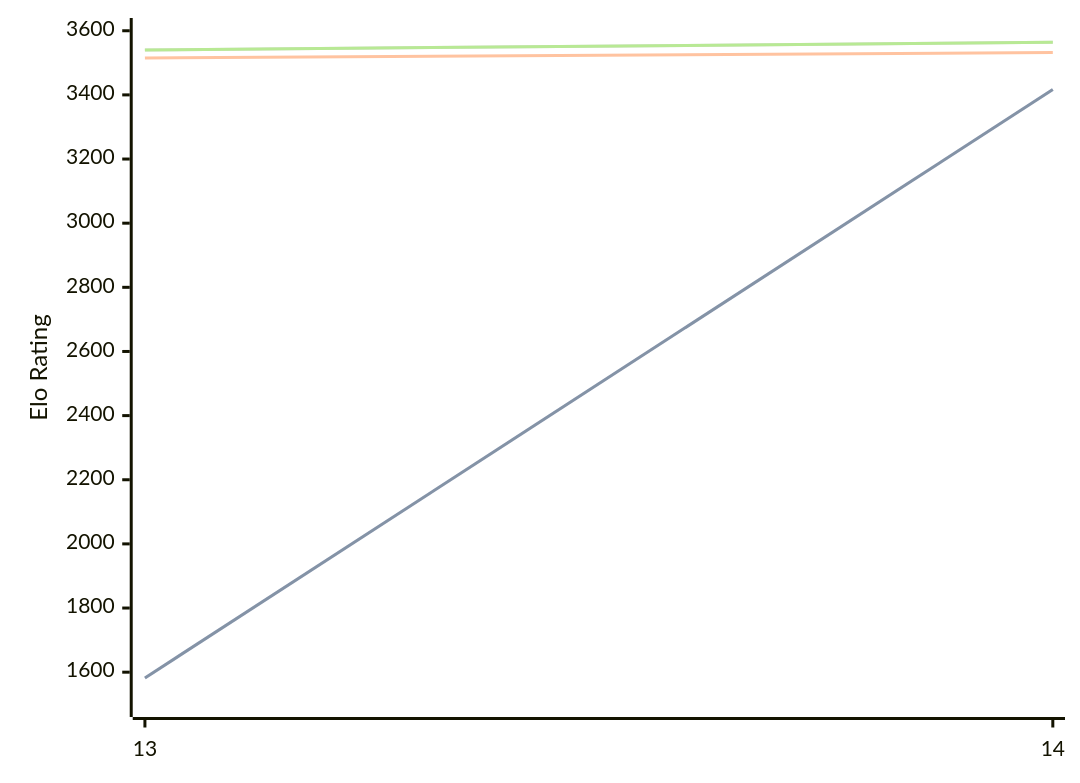
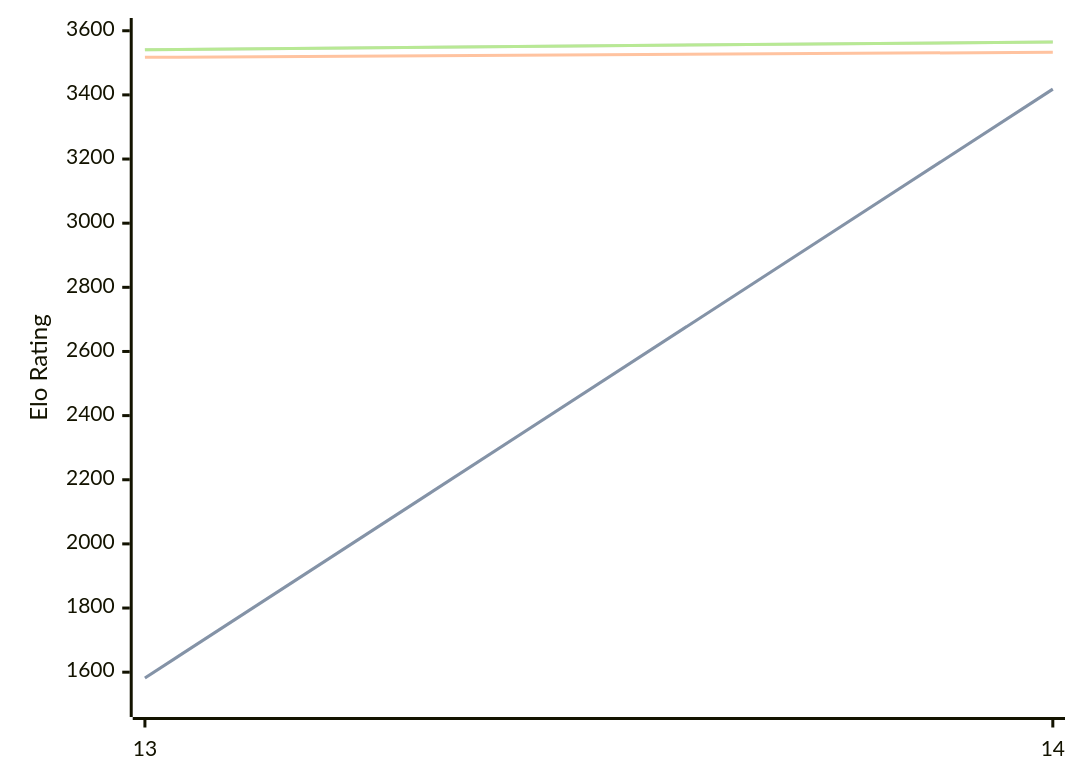
The diagram in engines/Berserk.md (computer-chess-index/cci), drawn with Mermaid before and after one commit. The commit also changed other lines of this file, not shown here.

Commit message:
Update CCI Ratings (ELO VLTC) - 2026-08-09

````diff
--- a/engines/Berserk.md
+++ b/engines/Berserk.md
@@ -33,11 +33,11 @@
 ```mermaid
 %%{init: {"theme":"base","themeVariables":{"seriesColors:['#a3a3a3','#222221','#faa371']}}}%%
 xychart-beta
   x-axis ["13", "14"]
   y-axis "Elo Rating" 1500 --> 3600
-  line "STC (8.0+0.08s)" [1582, 3417]
-  line "STC (8.0+0.08s)" [1582, 3417]
-  line "LTC (60.0+0.60s)" [3515, 3532]
-  line "VLTC (2m24s+1.12s)" [3540, 3564]
-  line "VLTC (2m24s+1.12s)" [3540, 3564]
+  line "STC (8.0+0.08s)" [1582, 3418]
+  line "STC (8.0+0.08s)" [1582, 3418]
+  line "LTC (60.0+0.60s)" [3517, 3533]
+  line "VLTC (2m24s+1.12s)" [3541, 3565]
+  line "VLTC (2m24s+1.12s)" [3541, 3565]
 ```
````
